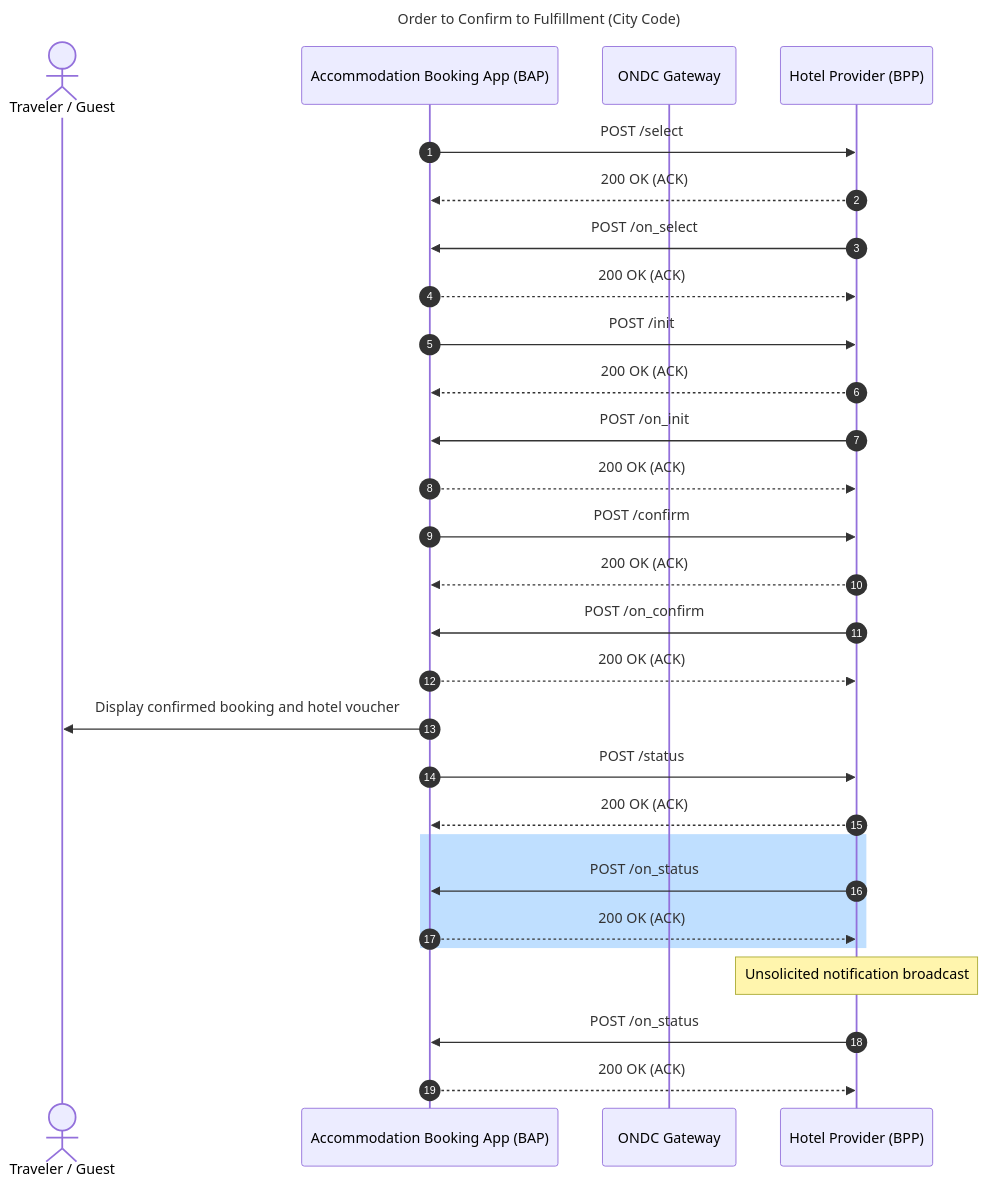
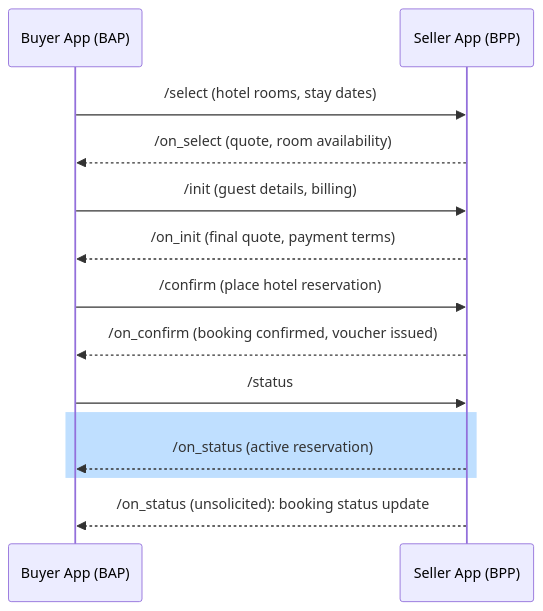
Before and after one commit to ONDC-Official/automation-specifications: the eighth of 9 diagrams in config/docs/order-to-confirm-to-fulfillment-city-code-sequence-diagrams.md, drawn with Mermaid. The commit also changed other lines of this file and 9 other files, not shown here.

````diff
--- a/config/docs/order-to-confirm-to-fulfillment-city-code-sequence-diagrams.md
+++ b/config/docs/order-to-confirm-to-fulfillment-city-code-sequence-diagrams.md
@@ -258,32 +145,16 @@
 ```mermaid
 sequenceDiagram
-    title Order to Confirm to Fulfillment (City Code)
-    autonumber
-    actor User as Traveler / Guest
-    participant BAP as Accommodation Booking App (BAP)
-    participant BG as ONDC Gateway
-    participant BPP as Hotel Provider (BPP)
-
-    BAP->>BPP: POST /select
-    BPP-->>BAP: 200 OK (ACK)
-    BPP->>BAP: POST /on_select
-    BAP-->>BPP: 200 OK (ACK)
-    BAP->>BPP: POST /init
-    BPP-->>BAP: 200 OK (ACK)
-    BPP->>BAP: POST /on_init
-    BAP-->>BPP: 200 OK (ACK)
-    BAP->>BPP: POST /confirm
-    BPP-->>BAP: 200 OK (ACK)
-    BPP->>BAP: POST /on_confirm
-    BAP-->>BPP: 200 OK (ACK)
-    BAP->>User: Display confirmed booking and hotel voucher
-    BAP->>BPP: POST /status
-    BPP-->>BAP: 200 OK (ACK)
-    rect rgb(191, 223, 255)
-    BPP->>BAP: POST /on_status
-    BAP-->>BPP: 200 OK (ACK)
-    end
-    Note over BPP: Unsolicited notification broadcast
-    BPP->>BAP: POST /on_status
-    BAP-->>BPP: 200 OK (ACK)
+  participant Buyer App (BAP)
+  participant Seller App (BPP)
+  Buyer App (BAP)->>Seller App (BPP): /select (hotel rooms, stay dates)
+  Seller App (BPP)-->>Buyer App (BAP): /on_select (quote, room availability)
+  Buyer App (BAP)->>Seller App (BPP): /init (guest details, billing)
+  Seller App (BPP)-->>Buyer App (BAP): /on_init (final quote, payment terms)
+  Buyer App (BAP)->>Seller App (BPP): /confirm (place hotel reservation)
+  Seller App (BPP)-->>Buyer App (BAP): /on_confirm (booking confirmed, voucher issued)
+  Buyer App (BAP)->>Seller App (BPP): /status
+  rect rgb(191, 223, 255)
+  Seller App (BPP)-->>Buyer App (BAP): /on_status (active reservation)
+  end
+  Seller App (BPP)-->>Buyer App (BAP): /on_status (unsolicited): booking status update
 ```
````
